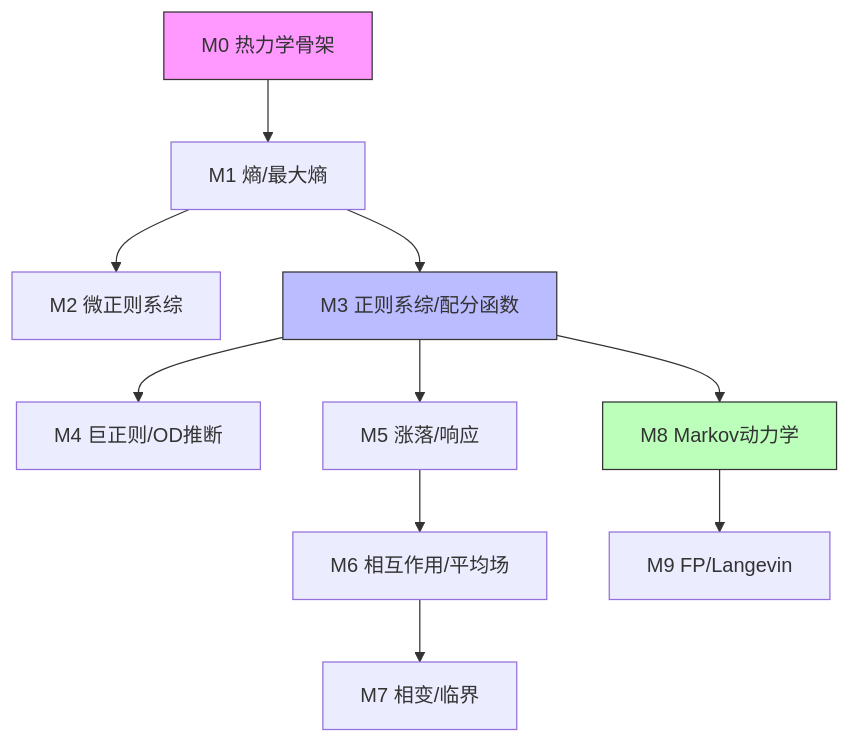
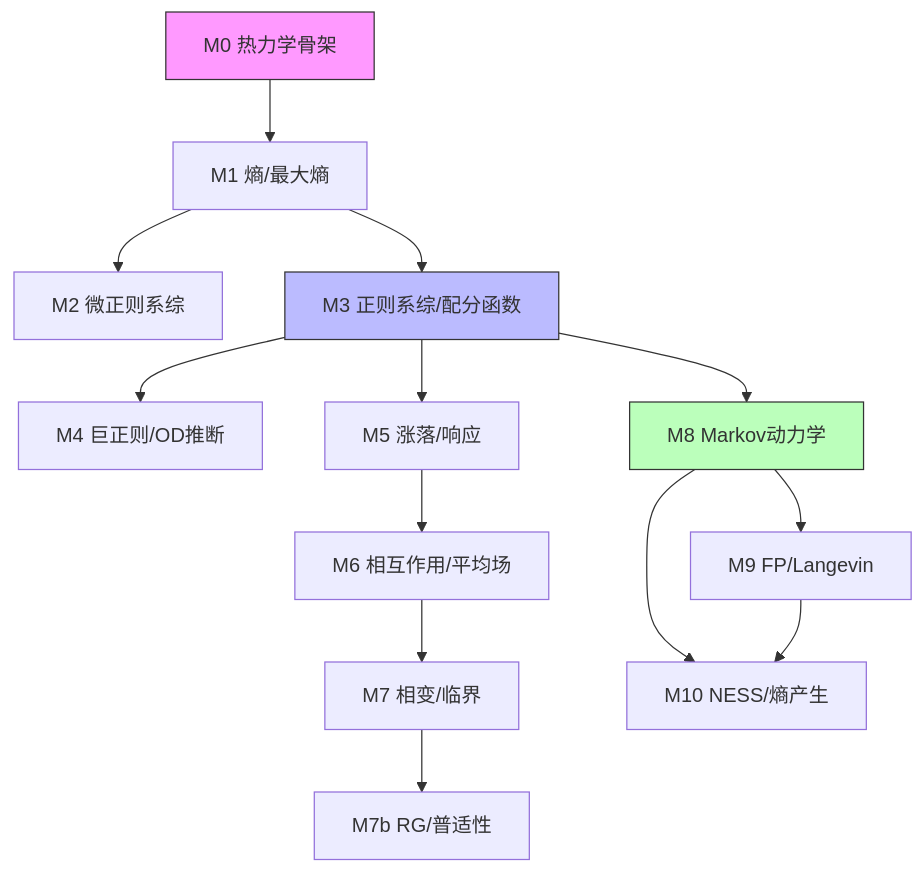
The diagram in statphys_urban_learning/modules/index.md (wujlin/interactive_statpysics), drawn with Mermaid before and after one commit. The commit also changed other lines of this file and 17 other files, not shown here.

````diff
--- a/statphys_urban_learning/modules/index.md
+++ b/statphys_urban_learning/modules/index.md
@@ -18,16 +31,19 @@
 ```mermaid
 graph TD
     M0[M0 热力学骨架] --> M1[M1 熵/最大熵]
     M1 --> M2[M2 微正则系综]
     M1 --> M3[M3 正则系综/配分函数]
     M3 --> M4[M4 巨正则/OD推断]
     M3 --> M5[M5 涨落/响应]
     M5 --> M6[M6 相互作用/平均场]
     M6 --> M7[M7 相变/临界]
+    M7 --> M7b[M7b RG/普适性]
     M3 --> M8[M8 Markov动力学]
     M8 --> M9[M9 FP/Langevin]
+    M8 --> M10[M10 NESS/熵产生]
+    M9 --> M10
     
     style M0 fill:#f9f,stroke:#333
     style M3 fill:#bbf,stroke:#333
     style M8 fill:#bfb,stroke:#333
 ```
````
